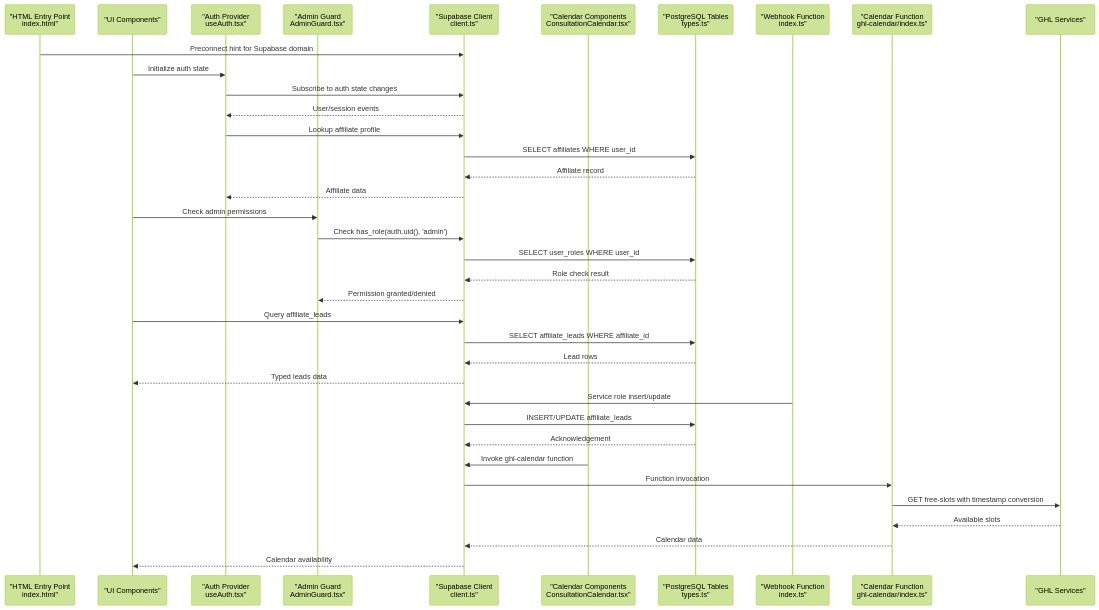
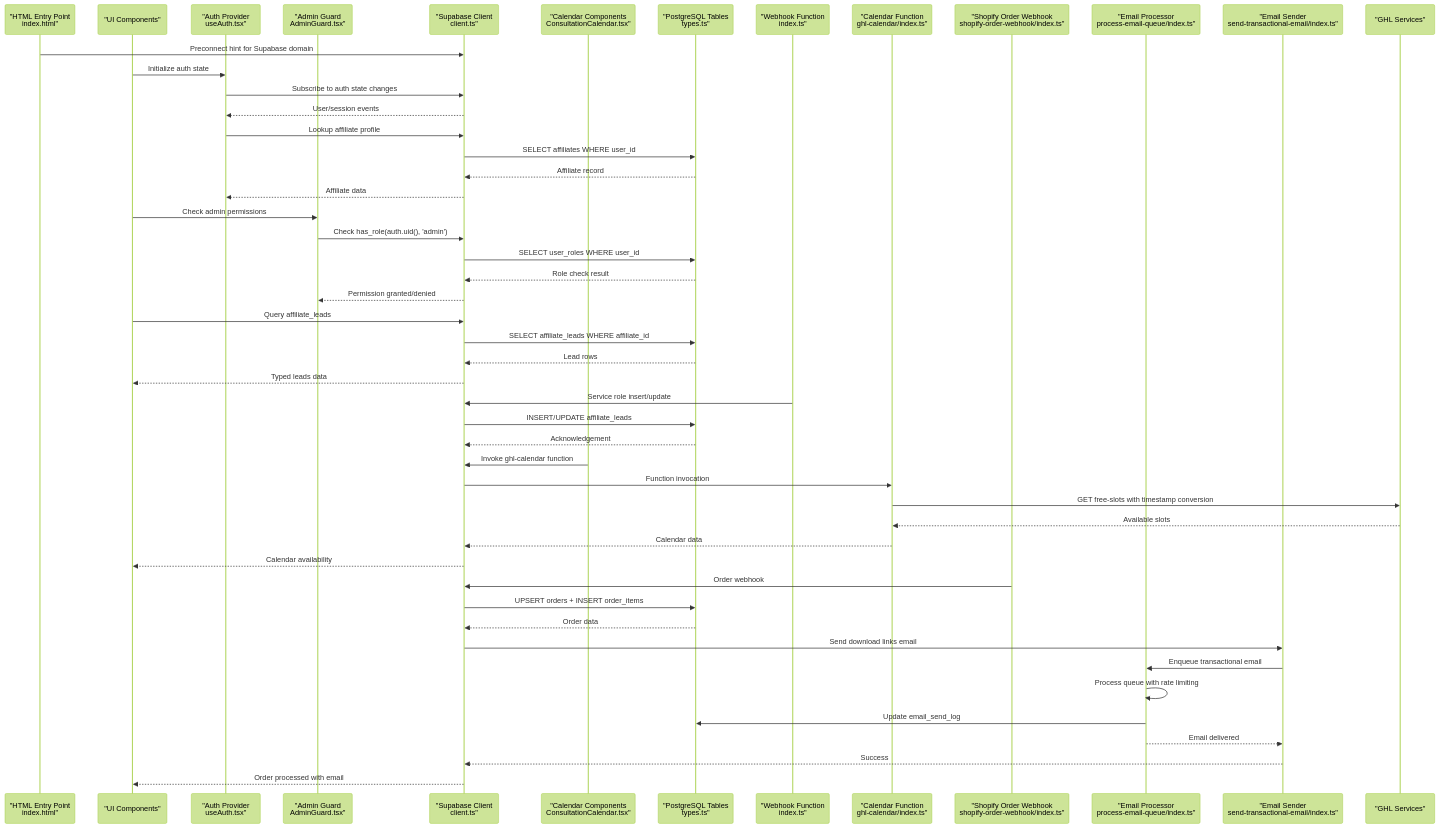
One commit to Hawky1/ryland changed the second of 12 diagrams in .qoder/repowiki/en/content/Data Layer & Supabase Integration.md. Above: the diagram before and after it, drawn with Mermaid (forest theme). The commit also changed other lines of this file and 26 other files, not shown here.

````diff
--- a/.qoder/repowiki/en/content/Data Layer & Supabase Integration.md
+++ b/.qoder/repowiki/en/content/Data Layer & Supabase Integration.md
@@ -180,39 +235,52 @@
 ```mermaid
 sequenceDiagram
 participant HTML as "HTML Entry Point<br/>index.html"
 participant UI as "UI Components"
 participant Auth as "Auth Provider<br/>useAuth.tsx"
 participant AdminGuard as "Admin Guard<br/>AdminGuard.tsx"
 participant Client as "Supabase Client<br/>client.ts"
 participant CalComp as "Calendar Components<br/>ConsultationCalendar.tsx"
 participant DB as "PostgreSQL Tables<br/>types.ts"
 participant Func as "Webhook Function<br/>index.ts"
 participant CalFunc as "Calendar Function<br/>ghl-calendar/index.ts"
+participant Shopify as "Shopify Order Webhook<br/>shopify-order-webhook/index.ts"
+participant EmailProc as "Email Processor<br/>process-email-queue/index.ts"
+participant EmailSend as "Email Sender<br/>send-transactional-email/index.ts"
 participant GHL as "GHL Services"
 HTML->>Client : Preconnect hint for Supabase domain
 UI->>Auth : Initialize auth state
 Auth->>Client : Subscribe to auth state changes
 Client-->>Auth : User/session events
 Auth->>Client : Lookup affiliate profile
 Client->>DB : SELECT affiliates WHERE user_id
 DB-->>Client : Affiliate record
 Client-->>Auth : Affiliate data
 UI->>AdminGuard : Check admin permissions
 AdminGuard->>Client : Check has_role(auth.uid(), 'admin')
 Client->>DB : SELECT user_roles WHERE user_id
 DB-->>Client : Role check result
 Client-->>AdminGuard : Permission granted/denied
 UI->>Client : Query affiliate_leads
 Client->>DB : SELECT affiliate_leads WHERE affiliate_id
 DB-->>Client : Lead rows
 Client-->>UI : Typed leads data
 Func->>Client : Service role insert/update
 Client->>DB : INSERT/UPDATE affiliate_leads
 DB-->>Client : Acknowledgement
 CalComp->>Client : Invoke ghl-calendar function
 Client->>CalFunc : Function invocation
 CalFunc->>GHL : GET free-slots with timestamp conversion
 GHL-->>CalFunc : Available slots
 CalFunc-->>Client : Calendar data
 Client-->>UI : Calendar availability
+Shopify->>Client : Order webhook
+Client->>DB : UPSERT orders + INSERT order_items
+DB-->>Client : Order data
+Client->>EmailSend : Send download links email
+EmailSend->>EmailProc : Enqueue transactional email
+EmailProc->>EmailProc : Process queue with rate limiting
+EmailProc->>DB : Update email_send_log
+EmailProc-->>EmailSend : Email delivered
+EmailSend-->>Client : Success
+Client-->>UI : Order processed with email
 ```
````
